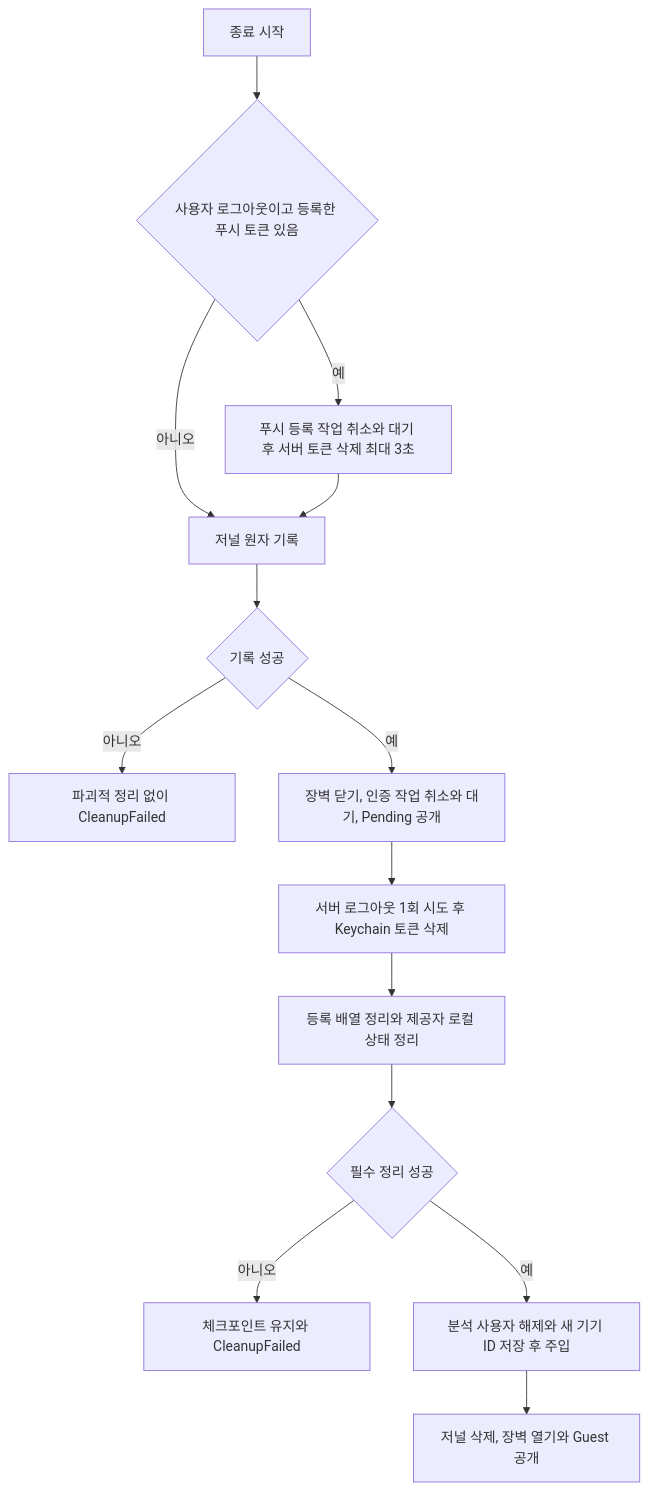
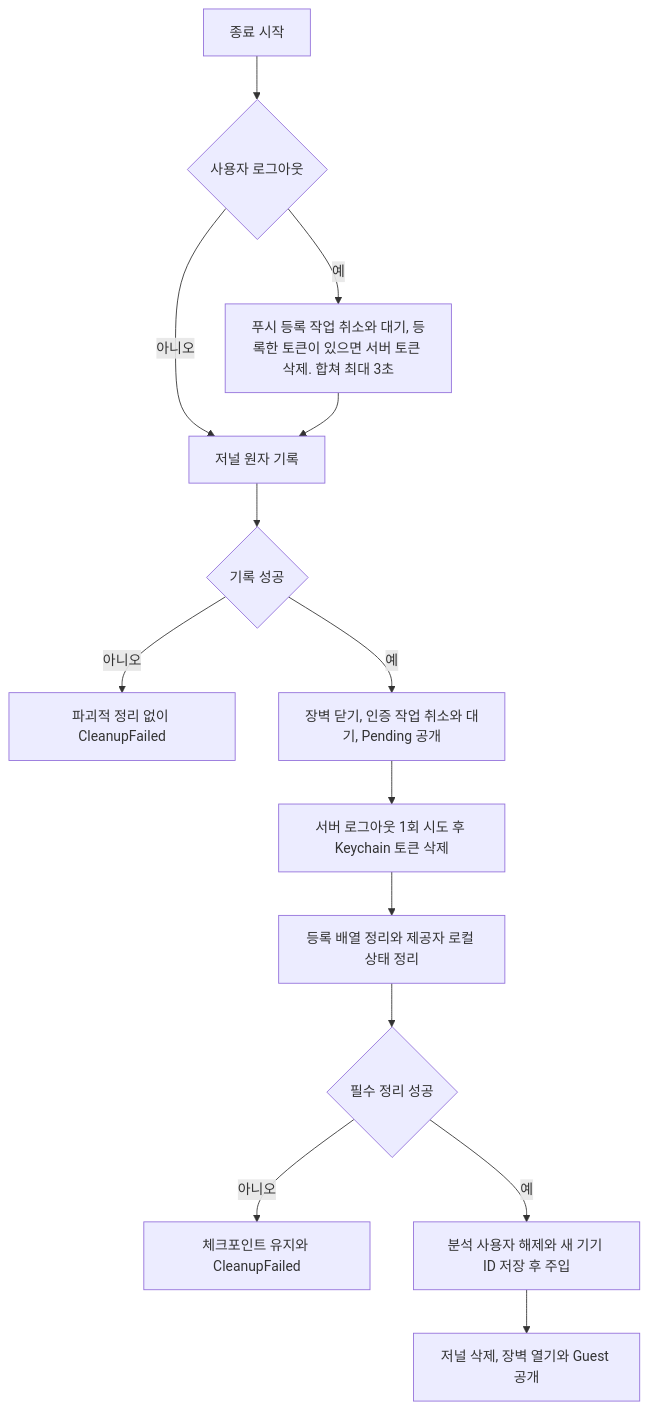
Before and after one commit to KIM-N-KANG/knk-harness: the second of 3 diagrams in docs/spec/ACCOUNT/CLIENT/IOS/4-4-EXECUTION.md, drawn with Mermaid. The commit also changed other lines of this file and 46 other files, not shown here.

````diff
--- a/docs/spec/ACCOUNT/CLIENT/IOS/4-4-EXECUTION.md
+++ b/docs/spec/ACCOUNT/CLIENT/IOS/4-4-EXECUTION.md
@@ -64,16 +64,16 @@
 ```mermaid
 flowchart TD
-    A["종료 시작"] --> B{"사용자 로그아웃이고 등록한 푸시 토큰 있음"}
-    B -->|예| C["푸시 등록 작업 취소와 대기 후 서버 토큰 삭제 최대 3초"]
+    A["종료 시작"] --> B{"사용자 로그아웃"}
+    B -->|예| C["푸시 등록 작업 취소와 대기, 등록한 토큰이 있으면 서버 토큰 삭제. 합쳐 최대 3초"]
     B -->|아니오| D["저널 원자 기록"]
     C --> D
     D --> E{"기록 성공"}
     E -->|아니오| X["파괴적 정리 없이 CleanupFailed"]
     E -->|예| F["장벽 닫기, 인증 작업 취소와 대기, Pending 공개"]
     F --> G["서버 로그아웃 1회 시도 후 Keychain 토큰 삭제"]
     G --> H["등록 배열 정리와 제공자 로컬 상태 정리"]
     H --> I{"필수 정리 성공"}
     I -->|아니오| R["체크포인트 유지와 CleanupFailed"]
     I -->|예| J["분석 사용자 해제와 새 기기 ID 저장 후 주입"]
     J --> K["저널 삭제, 장벽 열기와 Guest 공개"]
 ```
````
